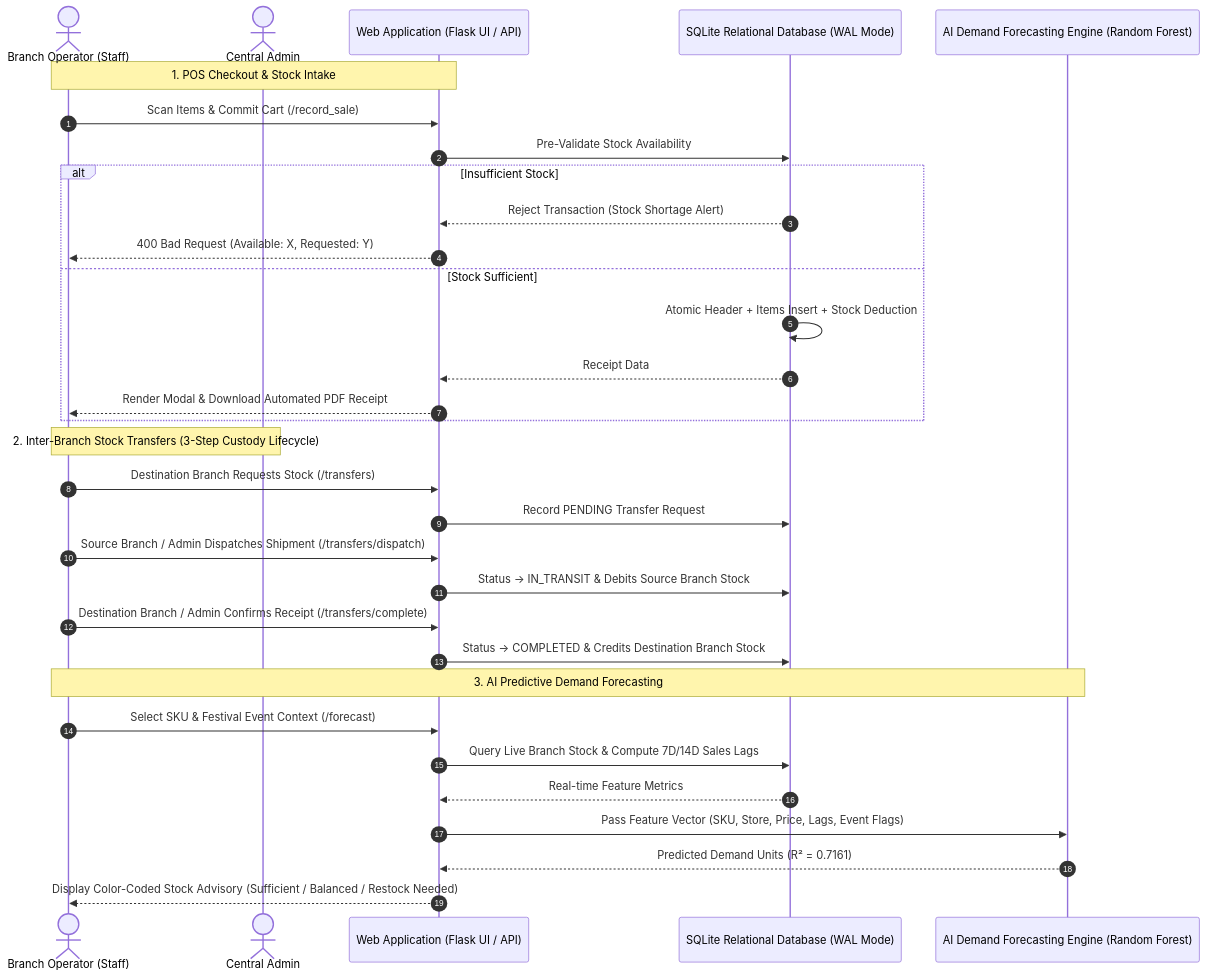
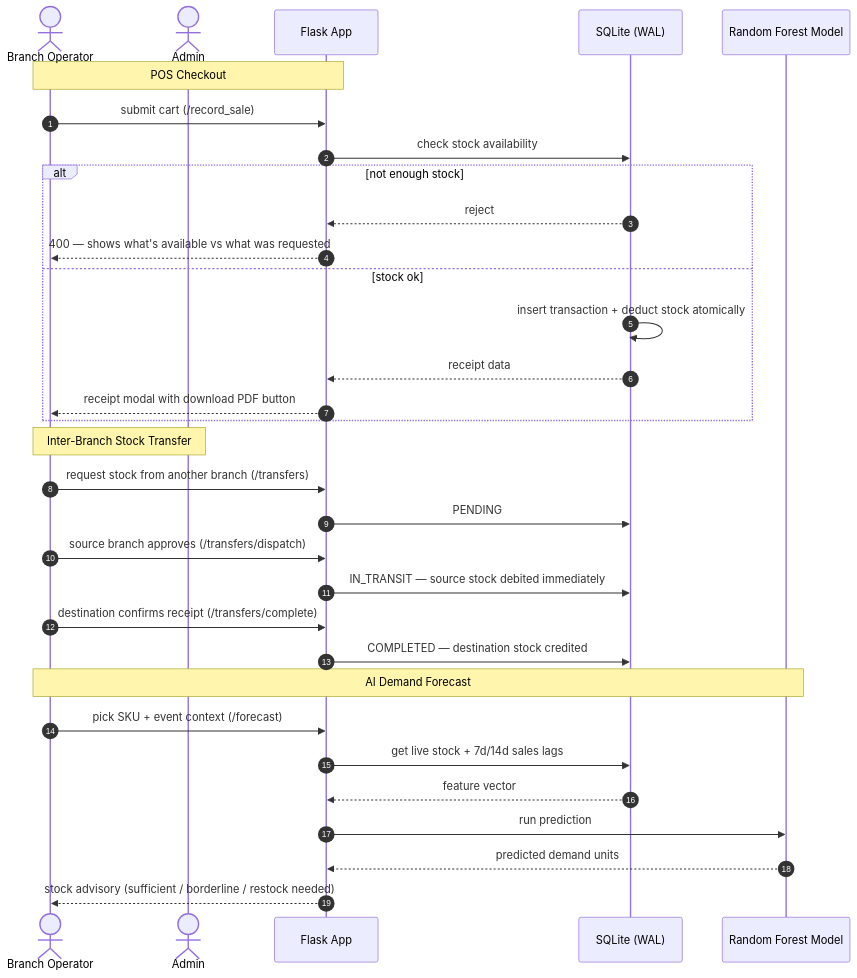
The diagram in README.md (renashadahal/makeupsalesprediction), drawn with Mermaid before and after one commit. The commit also changed other lines of this file and 14 other files, not shown here.

````diff
--- a/README.md
+++ b/README.md
@@ -11,37 +23,37 @@
 ```mermaid
 sequenceDiagram
     autonumber
-    actor Staff as Branch Operator (Staff)
-    actor Admin as Central Admin
-    participant Web as Web Application (Flask UI / API)
-    participant DB as SQLite Relational Database (WAL Mode)
-    participant ML as AI Demand Forecasting Engine (Random Forest)
+    actor Staff as Branch Operator
+    actor Admin as Admin
+    participant Web as Flask App
+    participant DB as SQLite (WAL)
+    participant ML as Random Forest Model
 
-    Note over Staff,Web: 1. POS Checkout & Stock Intake
-    Staff->>Web: Scan Items & Commit Cart (/record_sale)
-    Web->>DB: Pre-Validate Stock Availability
-    alt Insufficient Stock
-        DB-->>Web: Reject Transaction (Stock Shortage Alert)
-        Web-->>Staff: 400 Bad Request (Available: X, Requested: Y)
-    else Stock Sufficient
-        DB->>DB: Atomic Header + Items Insert + Stock Deduction
-        DB-->>Web: Receipt Data
-        Web-->>Staff: Render Modal & Download Automated PDF Receipt
+    Note over Staff,Web: POS Checkout
+    Staff->>Web: submit cart (/record_sale)
+    Web->>DB: check stock availability
+    alt not enough stock
+        DB-->>Web: reject
+        Web-->>Staff: 400 — shows what's available vs what was requested
+    else stock ok
+        DB->>DB: insert transaction + deduct stock atomically
+        DB-->>Web: receipt data
+        Web-->>Staff: receipt modal with download PDF button
     end
 
-    Note over Staff,Admin: 2. Inter-Branch Stock Transfers (3-Step Custody Lifecycle)
-    Staff->>Web: Destination Branch Requests Stock (/transfers)
-    Web->>DB: Record PENDING Transfer Request
-    Staff->>Web: Source Branch / Admin Dispatches Shipment (/transfers/dispatch)
-    Web->>DB: Status -> IN_TRANSIT & Debits Source Branch Stock
-    Staff->>Web: Destination Branch / Admin Confirms Receipt (/transfers/complete)
-    Web->>DB: Status -> COMPLETED & Credits Destination Branch Stock
+    Note over Staff,Admin: Inter-Branch Stock Transfer
+    Staff->>Web: request stock from another branch (/transfers)
+    Web->>DB: PENDING
+    Staff->>Web: source branch approves (/transfers/dispatch)
+    Web->>DB: IN_TRANSIT — source stock debited immediately
+    Staff->>Web: destination confirms receipt (/transfers/complete)
+    Web->>DB: COMPLETED — destination stock credited
 
-    Note over Staff,ML: 3. AI Predictive Demand Forecasting
-    Staff->>Web: Select SKU & Festival Event Context (/forecast)
-    Web->>DB: Query Live Branch Stock & Compute 7D/14D Sales Lags
-    DB-->>Web: Real-time Feature Metrics
-    Web->>ML: Pass Feature Vector (SKU, Store, Price, Lags, Event Flags)
-    ML-->>Web: Predicted Demand Units (R² = 0.7161)
-    Web-->>Staff: Display Color-Coded Stock Advisory (Sufficient / Balanced / Restock Needed)
+    Note over Staff,ML: AI Demand Forecast
+    Staff->>Web: pick SKU + event context (/forecast)
+    Web->>DB: get live stock + 7d/14d sales lags
+    DB-->>Web: feature vector
+    Web->>ML: run prediction
+    ML-->>Web: predicted demand units
+    Web-->>Staff: stock advisory (sufficient / borderline / restock needed)
 ```
````
